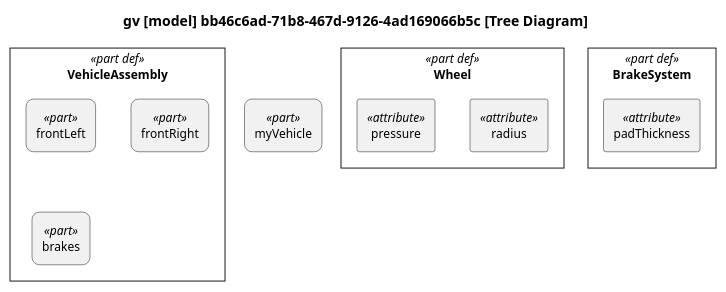
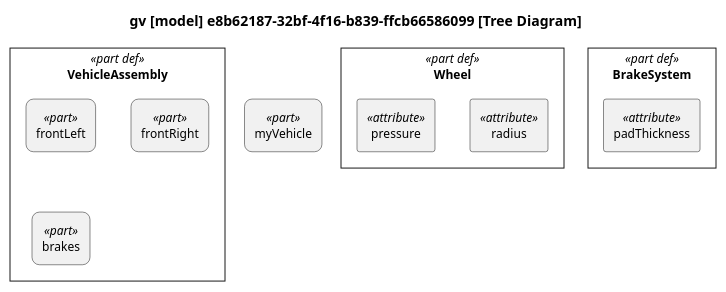
The diagram in docs/plantuml-examples/12-tree-diagram.puml (mycr0ft/sysml2py), drawn with PlantUML before and after one commit. The commit also changed 25 other files, not shown here.

```diff
--- a/docs/plantuml-examples/12-tree-diagram.puml
+++ b/docs/plantuml-examples/12-tree-diagram.puml
@@ -1,53 +1,53 @@
 @startuml
 
 skinparam monochrome true
 skinparam wrapWidth 300
 skinparam defaultFontSize 12
 skinparam defaultFontName Helvetica
 
 skinparam rectangle<<part def>> {
     RoundCorner 0
 }
 skinparam rectangle<<part>> {
     RoundCorner 15
 }
 skinparam rectangle<<item def>> {
     RoundCorner 0
 }
 skinparam rectangle<<item>> {
     RoundCorner 15
 }
 skinparam rectangle<<action def>> {
     RoundCorner 0
 }
 skinparam rectangle<<action>> {
     RoundCorner 15
 }
 skinparam rectangle<<view def>> {
     RoundCorner 0
 }
 skinparam rectangle<<view>> {
     RoundCorner 15
 }
 
 top to bottom direction
 
-title gv [model] bb46c6ad-71b8-467d-9126-4ad169066b5c [Tree Diagram]
+title gv [model] e8b62187-32bf-4f16-b839-ffcb66586099 [Tree Diagram]
 
 hide circle
 
 rectangle "Wheel" as E1 <<part def>> {
     rectangle "radius" as E2 <<attribute>>
     rectangle "pressure" as E3 <<attribute>>
 }
 rectangle "BrakeSystem" as E4 <<part def>> {
     rectangle "padThickness" as E5 <<attribute>>
 }
 rectangle "VehicleAssembly" as E6 <<part def>> {
     rectangle "frontLeft" as E7 <<part>>
     rectangle "frontRight" as E8 <<part>>
     rectangle "brakes" as E9 <<part>>
 }
 rectangle "myVehicle" as E10 <<part>>
 
 @enduml
```
